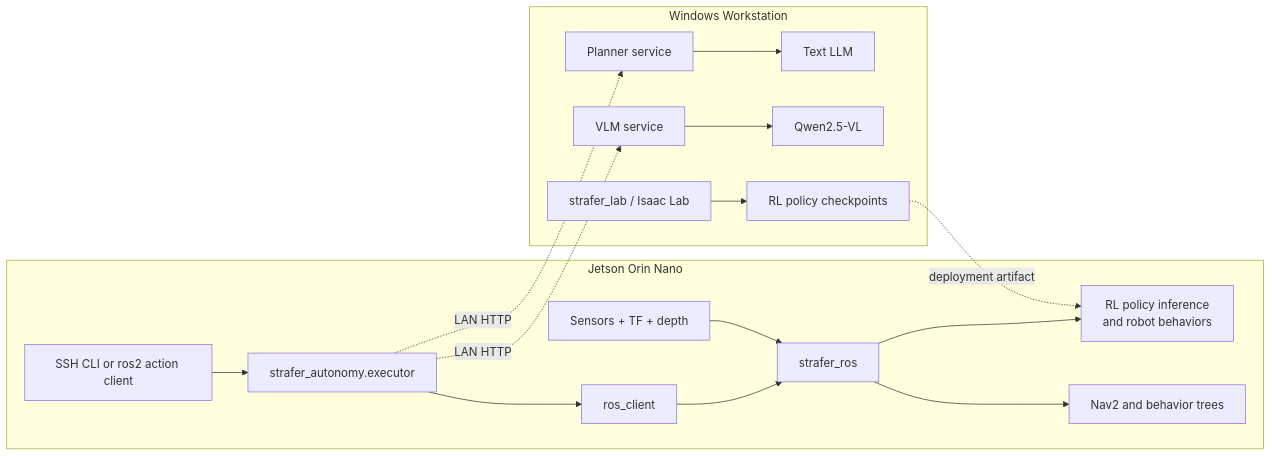
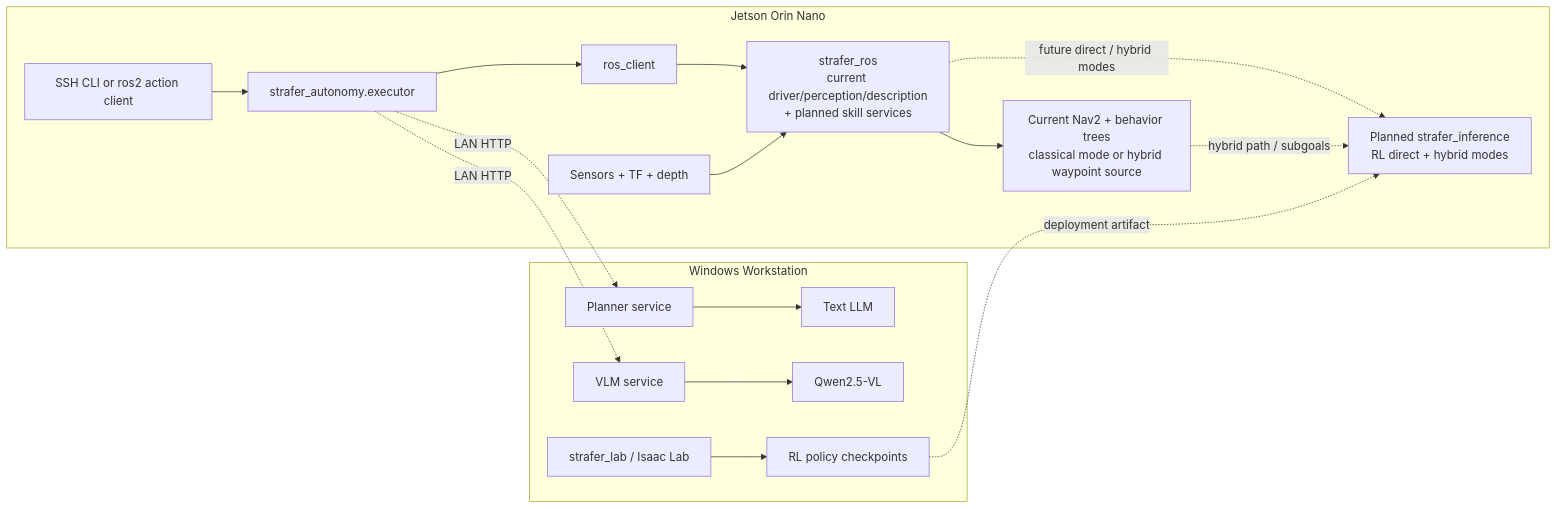
Before and after one commit to zachoines/Sim2RealLab: the second of 6 diagrams in docs/STRAFER_AUTONOMY_SYSTEMS_OVERVIEW.md, drawn with Mermaid. The commit also changed other lines of this file and 16 other files, not shown here.

Commit message:
chore(autonomy): consolidate architecture docs and VLM planning

````diff
--- a/docs/STRAFER_AUTONOMY_SYSTEMS_OVERVIEW.md
+++ b/docs/STRAFER_AUTONOMY_SYSTEMS_OVERVIEW.md
@@ -37,36 +41,37 @@
 ```mermaid
 flowchart LR
     subgraph Jetson[Jetson Orin Nano]
         CLI[SSH CLI or ros2 action client]
         EX[strafer_autonomy.executor]
         RC[ros_client]
-        ROS[strafer_ros]
-        RLP[RL policy inference\nand robot behaviors]
-        NAV[Nav2 and behavior trees]
+        ROS[strafer_ros\ncurrent driver/perception/description\n+ planned skill services]
+        RLP[Planned strafer_inference\nRL direct + hybrid modes]
+        NAV[Current Nav2 + behavior trees\nclassical mode or hybrid waypoint source]
         SNS[Sensors + TF + depth]
 
         CLI --> EX
         EX --> RC
         RC --> ROS
-        ROS --> RLP
+        ROS -. future direct / hybrid modes .-> RLP
         ROS --> NAV
+        NAV -. hybrid path / subgoals .-> RLP
         SNS --> ROS
     end
 
     subgraph Workstation[Windows Workstation]
         PL[Planner service]
         LLM[Text LLM]
         VS[VLM service]
         QW[Qwen2.5-VL]
         LAB[strafer_lab / Isaac Lab]
         CKPT[RL policy checkpoints]
 
         PL --> LLM
         VS --> QW
         LAB --> CKPT
     end
 
     EX -. LAN HTTP .-> PL
     EX -. LAN HTTP .-> VS
     CKPT -. deployment artifact .-> RLP
 ```
````
